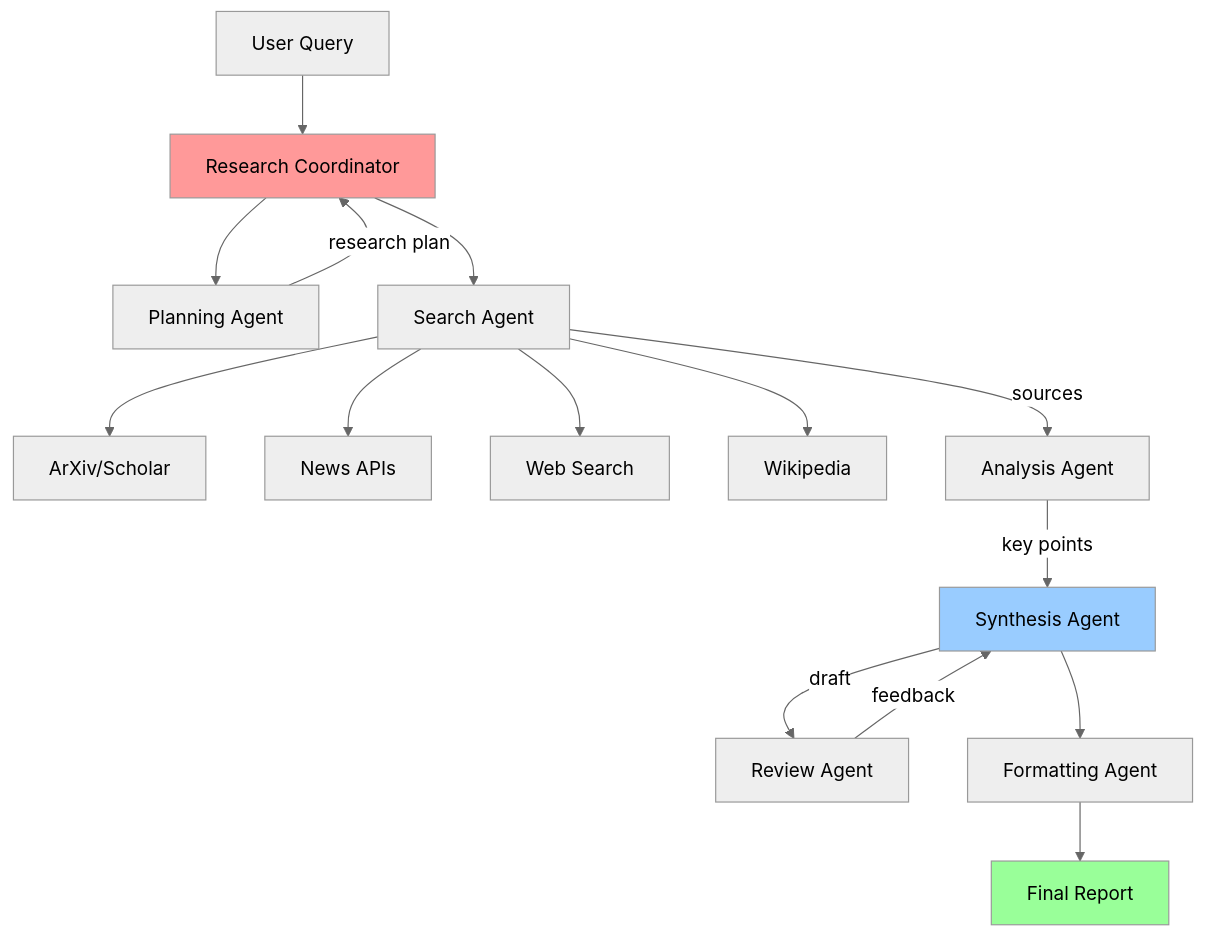
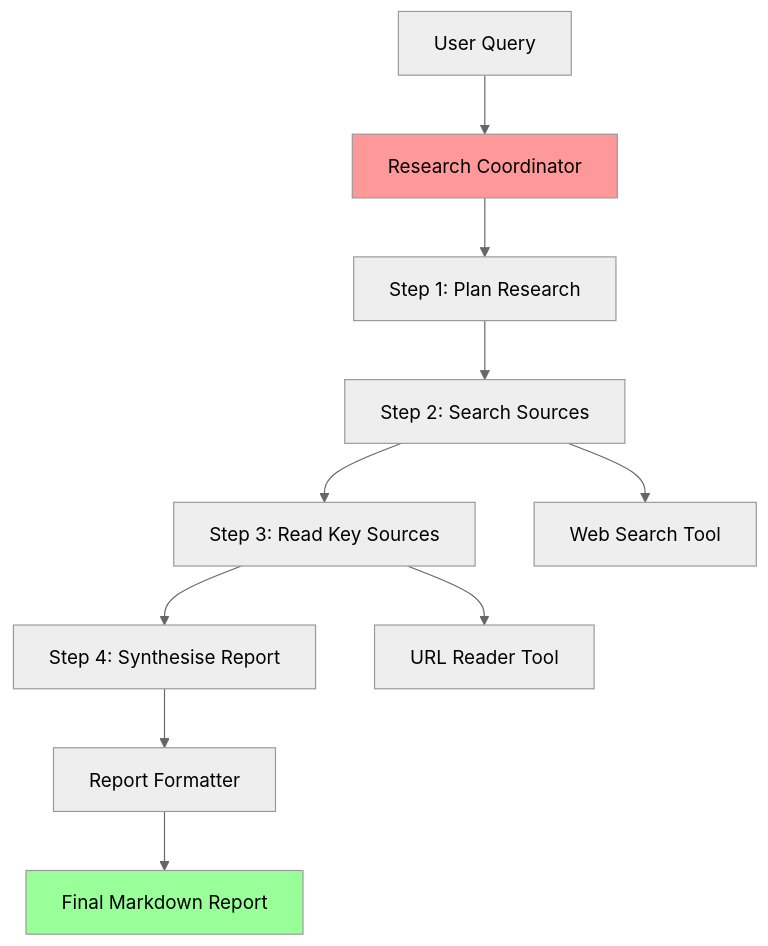
One commit to DreamLab-AI/dreamlab-ai-website changed the diagram in public/data/workshops/workshop-04-morning-ai-agents/04_project.md. Above: the diagram before and after it, drawn with Mermaid (neutral theme). The commit also changed other lines of this file and 111 other files, not shown here.

````diff
--- a/public/data/workshops/workshop-04-morning-ai-agents/04_project.md
+++ b/public/data/workshops/workshop-04-morning-ai-agents/04_project.md
@@ -26,26 +24,18 @@
 ```mermaid
 graph TD
     User[User Query] --> Coordinator[Research Coordinator]
 
-    Coordinator --> Planner[Planning Agent]
-    Planner --> |research plan| Coordinator
+    Coordinator --> PlanStep[Step 1: Plan Research]
+    PlanStep --> SearchStep[Step 2: Search Sources]
+    SearchStep --> ReadStep[Step 3: Read Key Sources]
+    ReadStep --> SynthStep[Step 4: Synthesise Report]
 
-    Coordinator --> Searcher[Search Agent]
-    Searcher --> Academic[ArXiv/Scholar]
-    Searcher --> News[News APIs]
-    Searcher --> Web[Web Search]
-    Searcher --> Wiki[Wikipedia]
+    SearchStep --> Web[Web Search Tool]
+    ReadStep --> Reader[URL Reader Tool]
+    SynthStep --> Formatter[Report Formatter]
 
-    Searcher --> |sources| Analyzer[Analysis Agent]
-    Analyzer --> |key points| Synthesizer[Synthesis Agent]
-
-    Synthesizer --> |draft| Reviewer[Review Agent]
-    Reviewer --> |feedback| Synthesizer
-
-    Synthesizer --> Formatter[Formatting Agent]
-    Formatter --> Output[Final Report]
+    Formatter --> Output[Final Markdown Report]
 
     style Coordinator fill:#ff9999
-    style Synthesizer fill:#99ccff
     style Output fill:#99ff99
 ```
````
